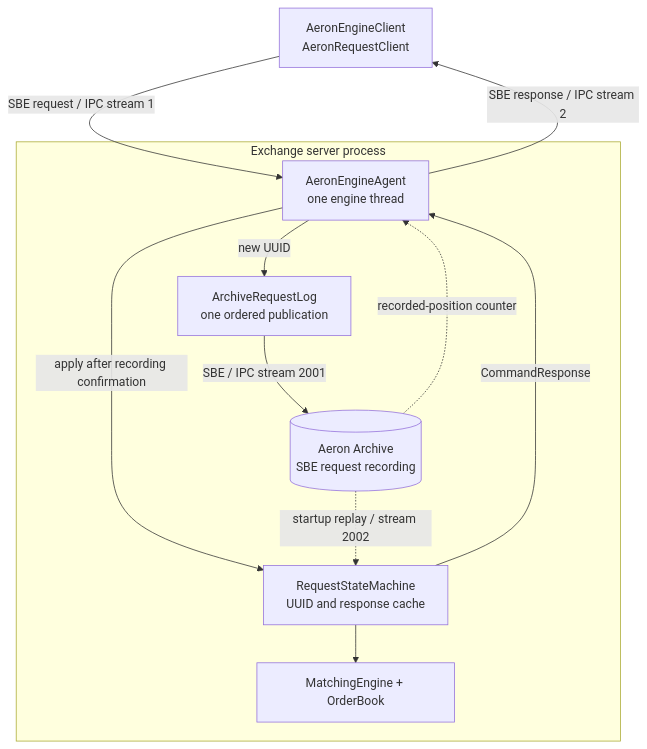
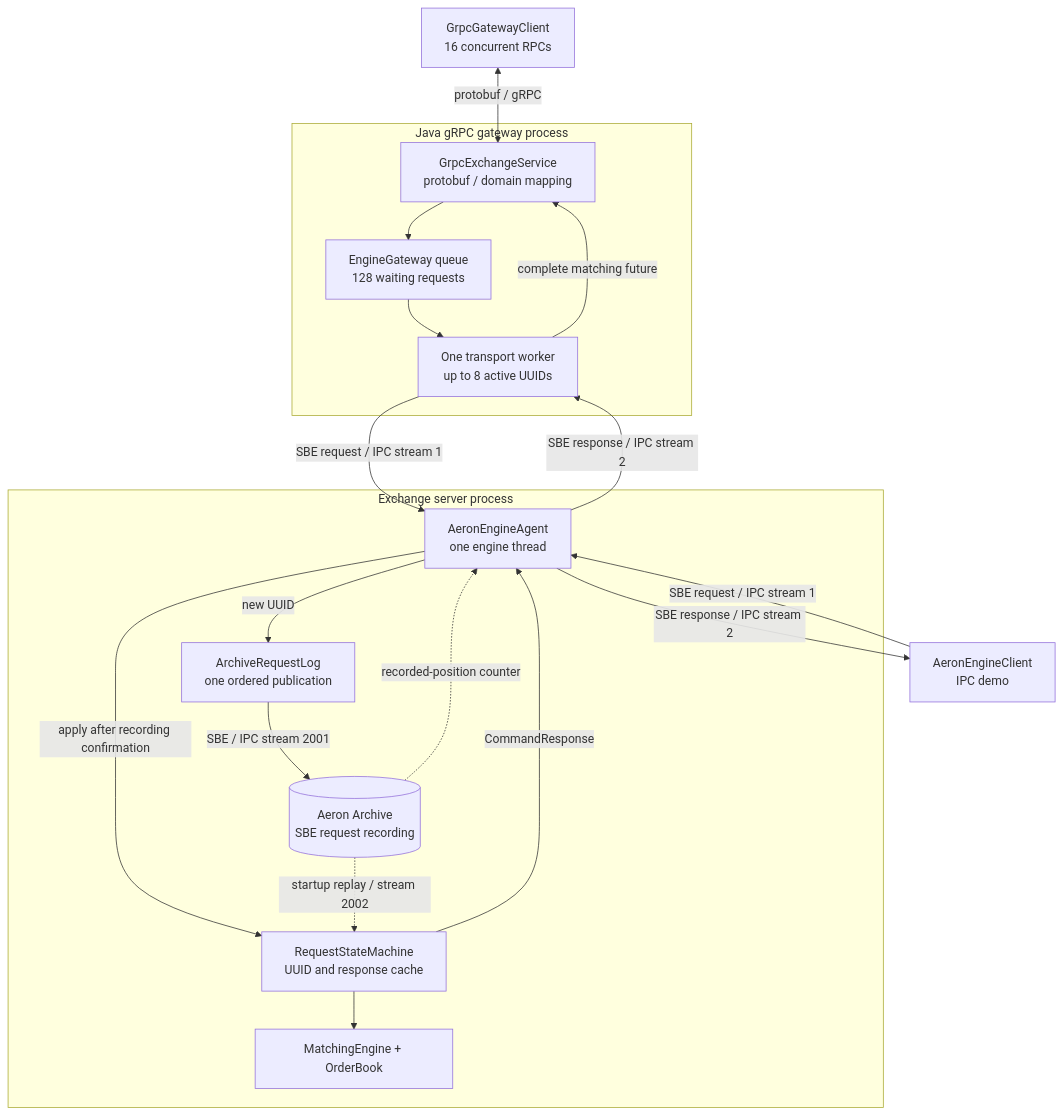
The first of 3 diagrams in docs/architecture.md (samctensen/exchange-lab), drawn with Mermaid before and after one commit. The commit also changed other lines of this file and 2 other files, not shown here.

Commit message:
docs: describe gateway pipelining and concurrent backend calls

````diff
--- a/docs/architecture.md
+++ b/docs/architecture.md
@@ -9,20 +9,32 @@
 ```mermaid
 flowchart TB
-  Client["AeronEngineClient<br/>AeronRequestClient"]
+  GrpcClient["GrpcGatewayClient<br/>16 concurrent RPCs"]
+  Client["AeronEngineClient<br/>IPC demo"]
+  subgraph Gateway["Java gRPC gateway process"]
+    Service["GrpcExchangeService<br/>protobuf / domain mapping"]
+    Queue["EngineGateway queue<br/>128 waiting requests"]
+    Worker["One transport worker<br/>up to 8 active UUIDs"]
+    Service --> Queue
+    Queue --> Worker
+    Worker -->|"complete matching future"| Service
+  end
   subgraph Server["Exchange server process"]
     Agent["AeronEngineAgent<br/>one engine thread"]
     Log["ArchiveRequestLog<br/>one ordered publication"]
     Archive[("Aeron Archive<br/>SBE request recording")]
     State["RequestStateMachine<br/>UUID and response cache"]
     Engine["MatchingEngine + OrderBook"]
     Agent -->|"new UUID"| Log
     Log -->|"SBE / IPC stream 2001"| Archive
     Archive -.->|"recorded-position counter"| Agent
     Agent -->|"apply after recording confirmation"| State
     State --> Engine
     State -->|"CommandResponse"| Agent
     Archive -.->|"startup replay / stream 2002"| State
   end
   Client -->|"SBE request / IPC stream 1"| Agent
   Agent -->|"SBE response / IPC stream 2"| Client
+  GrpcClient <-->|"protobuf / gRPC"| Service
+  Worker -->|"SBE request / IPC stream 1"| Agent
+  Agent -->|"SBE response / IPC stream 2"| Worker
 ```
````
